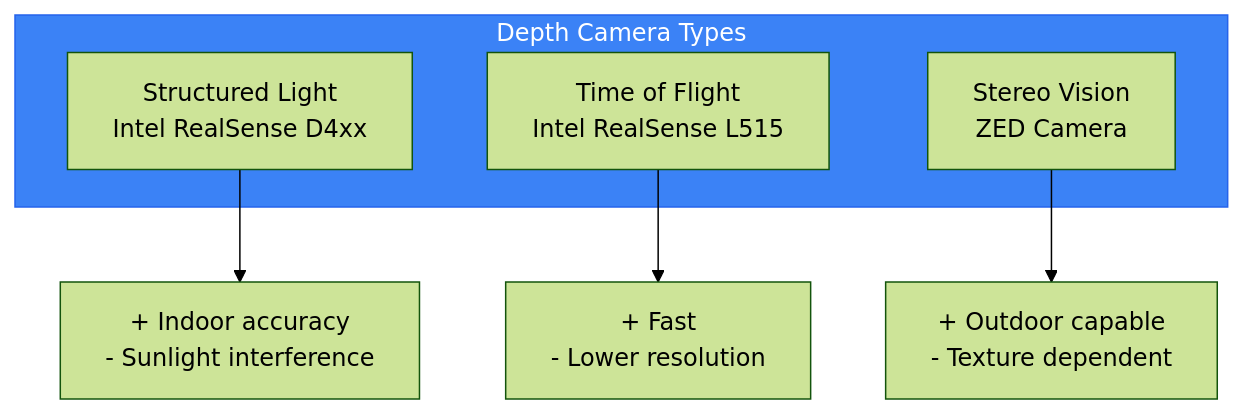
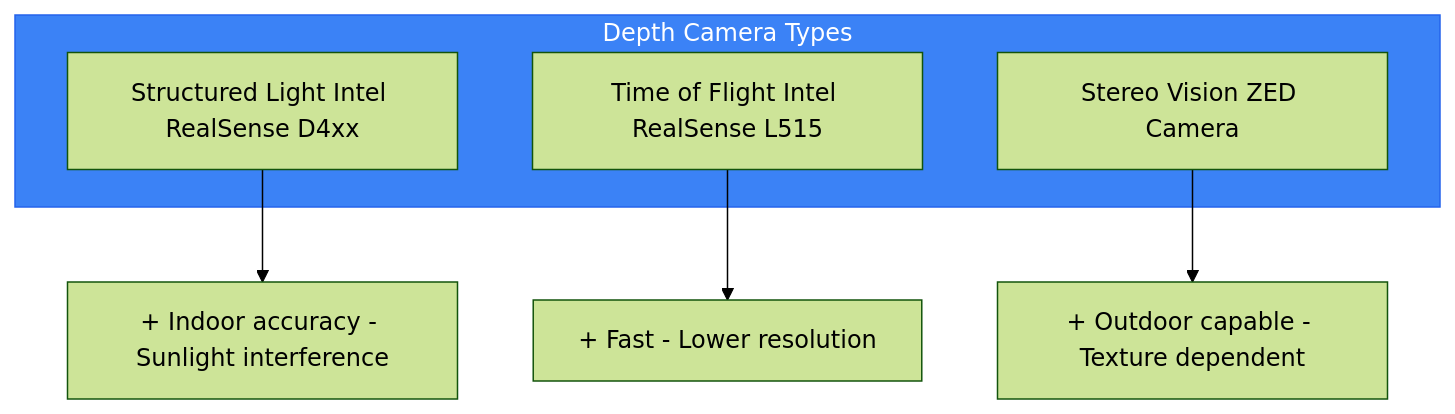
One commit to shakir-hussain1/physical-AI-and-humanoid-robotics-textbook-by-shakir-hussain changed the third of 5 diagrams in docs/modules/module-2-digital-twin/chapter-07-sensors.md. Above: the diagram before and after it, drawn with Mermaid (forest theme). The commit also changed other lines of this file and 17 other files, not shown here.

Commit message:
fix: Remove br tags from Mermaid diagrams causing parse errors

````diff
--- a/docs/modules/module-2-digital-twin/chapter-07-sensors.md
+++ b/docs/modules/module-2-digital-twin/chapter-07-sensors.md
@@ -233,14 +233,14 @@
 ```mermaid
 flowchart TD
     subgraph Types["Depth Camera Types"]
-        SL[Structured Light<br/>Intel RealSense D4xx]
-        TOF[Time of Flight<br/>Intel RealSense L515]
-        STEREO[Stereo Vision<br/>ZED Camera]
+        SL[Structured Light Intel RealSense D4xx]
+        TOF[Time of Flight Intel RealSense L515]
+        STEREO[Stereo Vision ZED Camera]
     end
 
-    SL --> SLPRO[+ Indoor accuracy<br/>- Sunlight interference]
-    TOF --> TOFPRO[+ Fast<br/>- Lower resolution]
-    STEREO --> STPRO[+ Outdoor capable<br/>- Texture dependent]
+    SL --> SLPRO[+ Indoor accuracy - Sunlight interference]
+    TOF --> TOFPRO[+ Fast - Lower resolution]
+    STEREO --> STPRO[+ Outdoor capable - Texture dependent]
 
     style Types fill:#3b82f6,stroke:#2563eb,color:#fff
 ```
````
